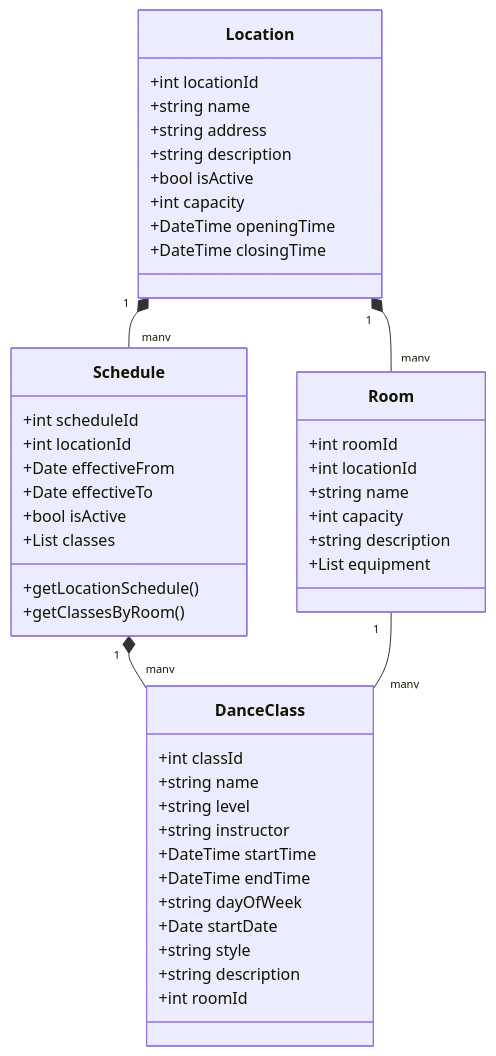
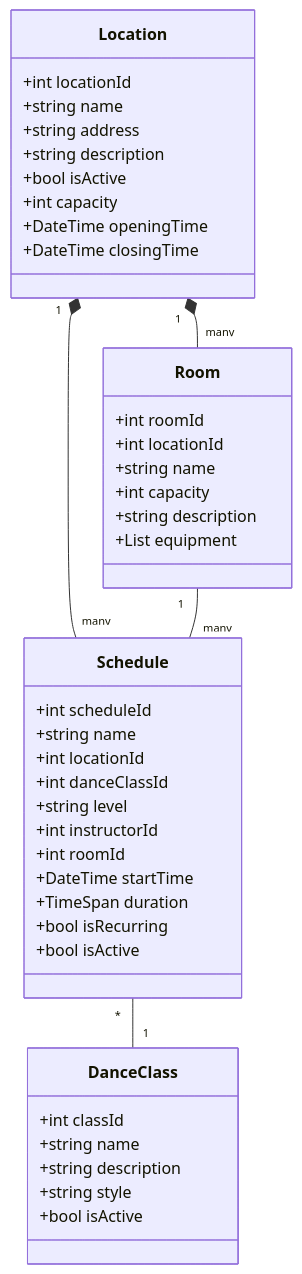
One commit to plebann/studioscheduler changed the diagram in src/StudioScheduler.Core/docs/schedule_implementation_plan.md. Above: the diagram before and after it, drawn with Mermaid. The commit also changed other lines of this file and 4 other files, not shown here.

First line of the commit message:
Refactor DanceClass and Schedule models for clarity and functionality

````diff
--- a/src/StudioScheduler.Core/docs/schedule_implementation_plan.md
+++ b/src/StudioScheduler.Core/docs/schedule_implementation_plan.md
@@ -9,52 +9,49 @@
 ```mermaid
 classDiagram
     class Location {
         +int locationId
         +string name
         +string address
         +string description
         +bool isActive
         +int capacity
         +DateTime openingTime
         +DateTime closingTime
     }
 
     class Room {
         +int roomId
         +int locationId
         +string name
         +int capacity
         +string description
         +List<Equipment> equipment
     }
 
     class DanceClass {
         +int classId
         +string name
-        +string level
-        +string instructor
-        +DateTime startTime
-        +DateTime endTime
-        +string dayOfWeek
-        +Date startDate
+        +string description
         +string style
-        +string description
-        +int roomId
+        +bool isActive
     }
     
     class Schedule {
         +int scheduleId
+        +string name
         +int locationId
-        +Date effectiveFrom
-        +Date effectiveTo
+        +int danceClassId
+        +string level
+        +int instructorId
+        +int roomId
+        +DateTime startTime
+        +TimeSpan duration
+        +bool isRecurring
         +bool isActive
-        +List<DanceClass> classes
-        +getLocationSchedule()
-        +getClassesByRoom()
     }
 
     Location "1" *-- "many" Room
     Location "1" *-- "many" Schedule
-    Schedule "1" *-- "many" DanceClass
-    Room "1" -- "many" DanceClass
+    Schedule "*" -- "1" DanceClass
+    Room "1" -- "many" Schedule
 ```
````
